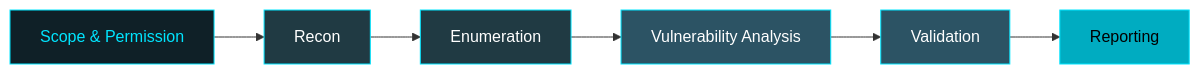
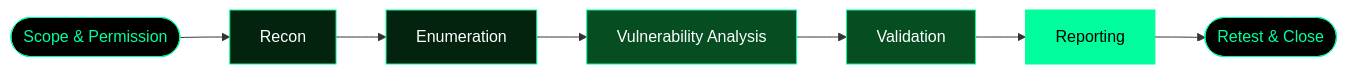
Before and after one commit to GhostMaskR/GhostMaskR-: the second of 6 diagrams in README.md, drawn with Mermaid. The commit also changed other lines of this file, not shown here.

````diff
--- a/README.md
+++ b/README.md
@@ -60,14 +271,16 @@
 ```mermaid
 flowchart LR
-    A[Scope & Permission] --> B[Recon]
+    A([Scope & Permission]) --> B[Recon]
     B --> C[Enumeration]
     C --> D[Vulnerability Analysis]
     D --> E[Validation]
     E --> F[Reporting]
-    style A fill:#0F2027,color:#00E5FF,stroke:#00E5FF
-    style B fill:#203A43,color:#fff,stroke:#00E5FF
-    style C fill:#203A43,color:#fff,stroke:#00E5FF
-    style D fill:#2C5364,color:#fff,stroke:#00E5FF
-    style E fill:#2C5364,color:#fff,stroke:#00E5FF
-    style F fill:#00ACC1,color:#000,stroke:#00E5FF
+    F --> G([Retest & Close])
+    style A fill:#000,color:#00FF9C,stroke:#00FF9C
+    style B fill:#03230F,color:#fff,stroke:#00FF9C
+    style C fill:#03230F,color:#fff,stroke:#00FF9C
+    style D fill:#064d22,color:#fff,stroke:#00FF9C
+    style E fill:#064d22,color:#fff,stroke:#00FF9C
+    style F fill:#00FF9C,color:#000,stroke:#00FF9C
+    style G fill:#000,color:#00FF9C,stroke:#00FF9C
 ```
````
